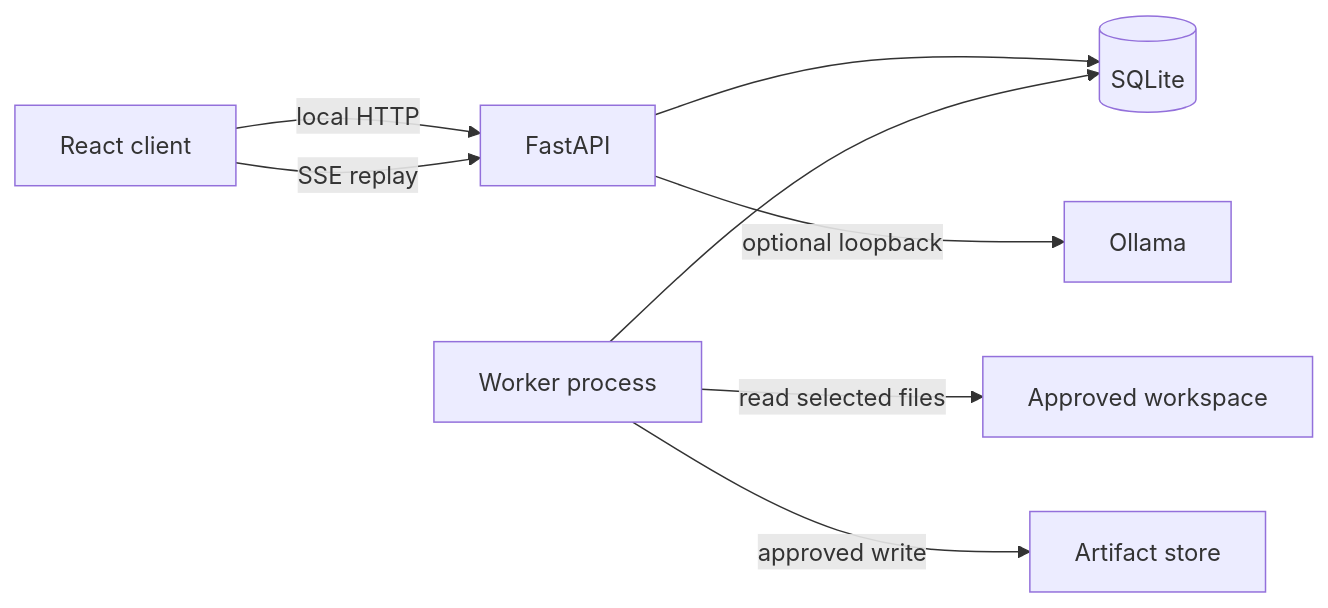
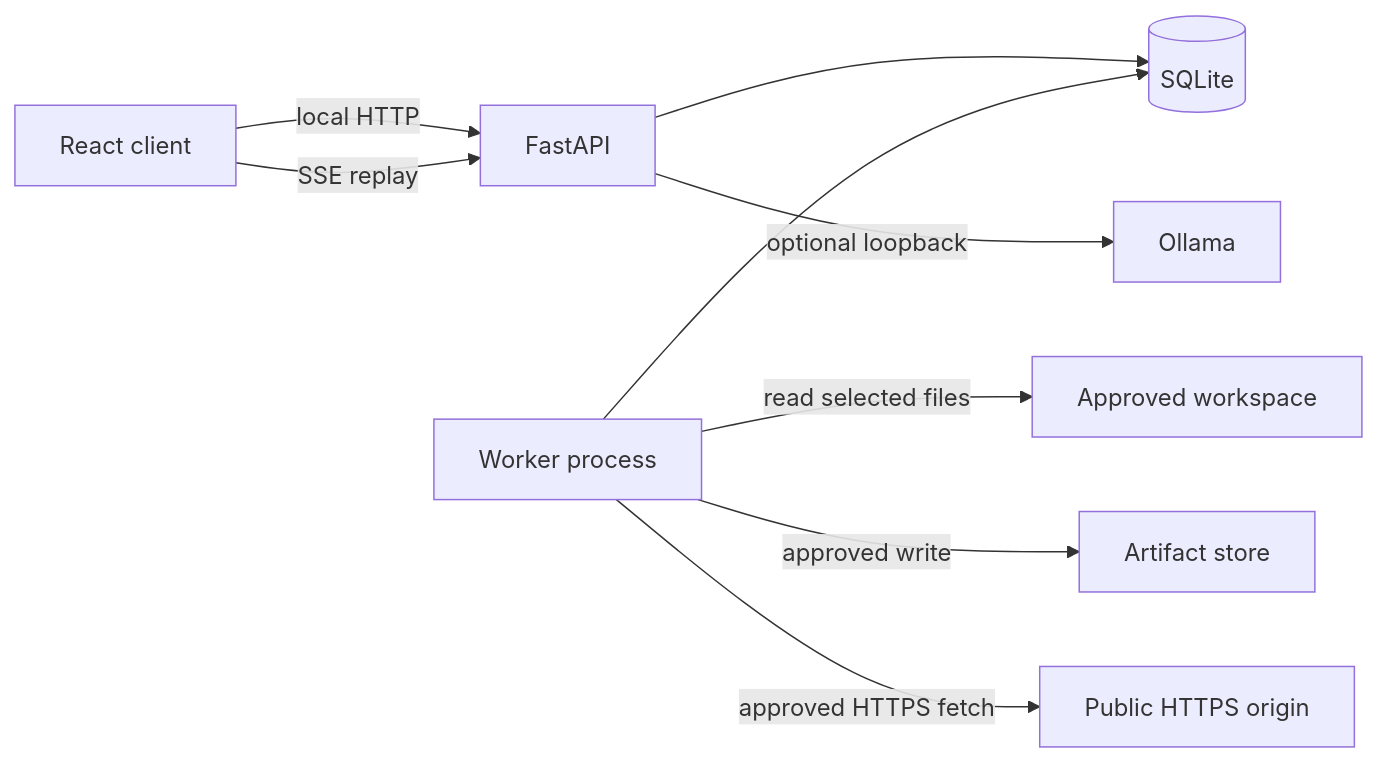
The diagram in docs/architecture.md (Christopher-Doyle/NEXUS), drawn with Mermaid before and after one commit. The commit also changed other lines of this file and 28 other files, not shown here.

Commit message:
Integrate approved HTTPS fetch into task workflow

````diff
--- a/docs/architecture.md
+++ b/docs/architecture.md
@@ -9,10 +9,11 @@
 ```mermaid
 flowchart LR
   UI[React client] -->|local HTTP| API[FastAPI]
   API --> DB[(SQLite)]
   API -->|optional loopback| LM[Ollama]
   Worker[Worker process] --> DB
   Worker -->|read selected files| Workspace[Approved workspace]
   Worker -->|approved write| Artifacts[Artifact store]
+  Worker -->|approved HTTPS fetch| Public[Public HTTPS origin]
   UI -->|SSE replay| API
 ```
````
